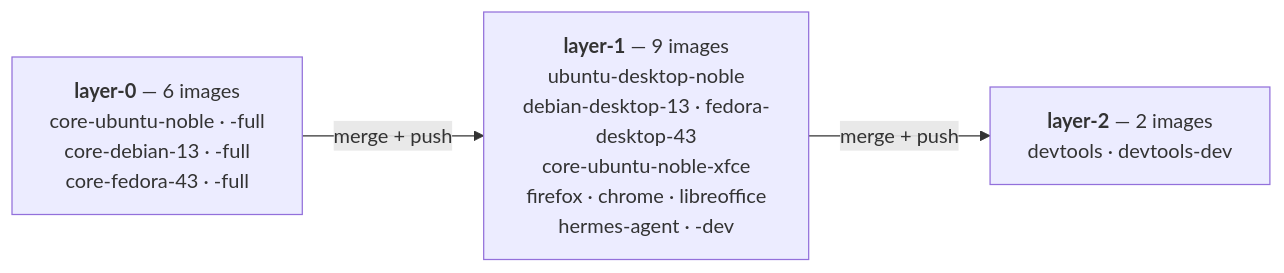
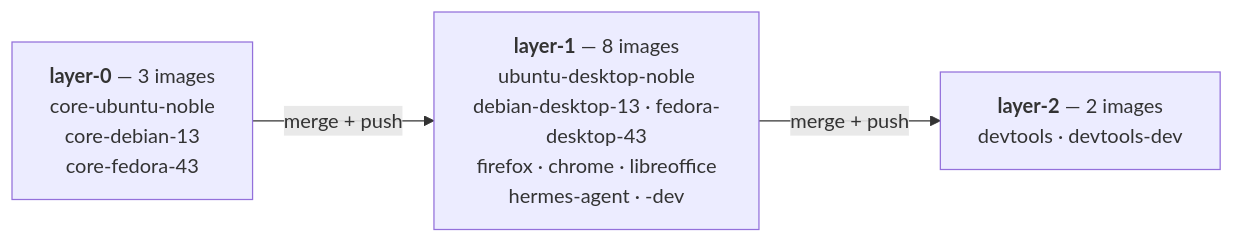
One commit to XoRHub/website changed the second of 2 diagrams in docs/images/index.md. Above: the diagram before and after it, drawn with Mermaid. The commit also changed other lines of this file and 13 other files, not shown here.

````diff
--- a/docs/images/index.md
+++ b/docs/images/index.md
@@ -71,7 +72,7 @@
 ```mermaid
 flowchart LR
-    L0["<b>layer-0</b> — 6 images<br/>core-ubuntu-noble · -full<br/>core-debian-13 · -full<br/>core-fedora-43 · -full"]
-    L1["<b>layer-1</b> — 9 images<br/>ubuntu-desktop-noble<br/>debian-desktop-13 · fedora-desktop-43<br/>core-ubuntu-noble-xfce<br/>firefox · chrome · libreoffice<br/>hermes-agent · -dev"]
+    L0["<b>layer-0</b> — 3 images<br/>core-ubuntu-noble<br/>core-debian-13<br/>core-fedora-43"]
+    L1["<b>layer-1</b> — 8 images<br/>ubuntu-desktop-noble<br/>debian-desktop-13 · fedora-desktop-43<br/>firefox · chrome · libreoffice<br/>hermes-agent · -dev"]
     L2["<b>layer-2</b> — 2 images<br/>devtools · devtools-dev"]
     L0 -->|"merge + push"| L1 -->|"merge + push"| L2
 ```
````
